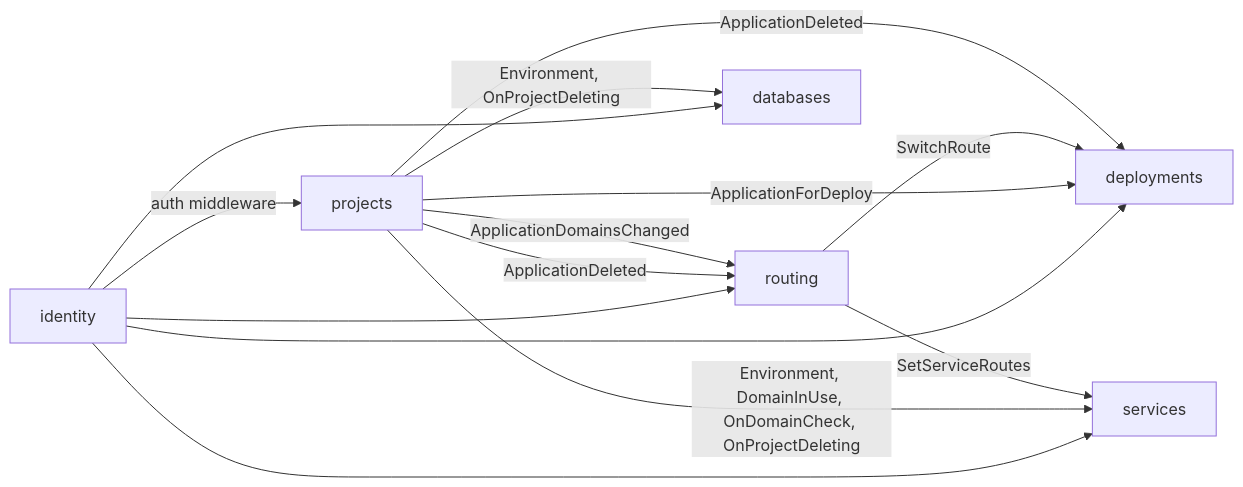
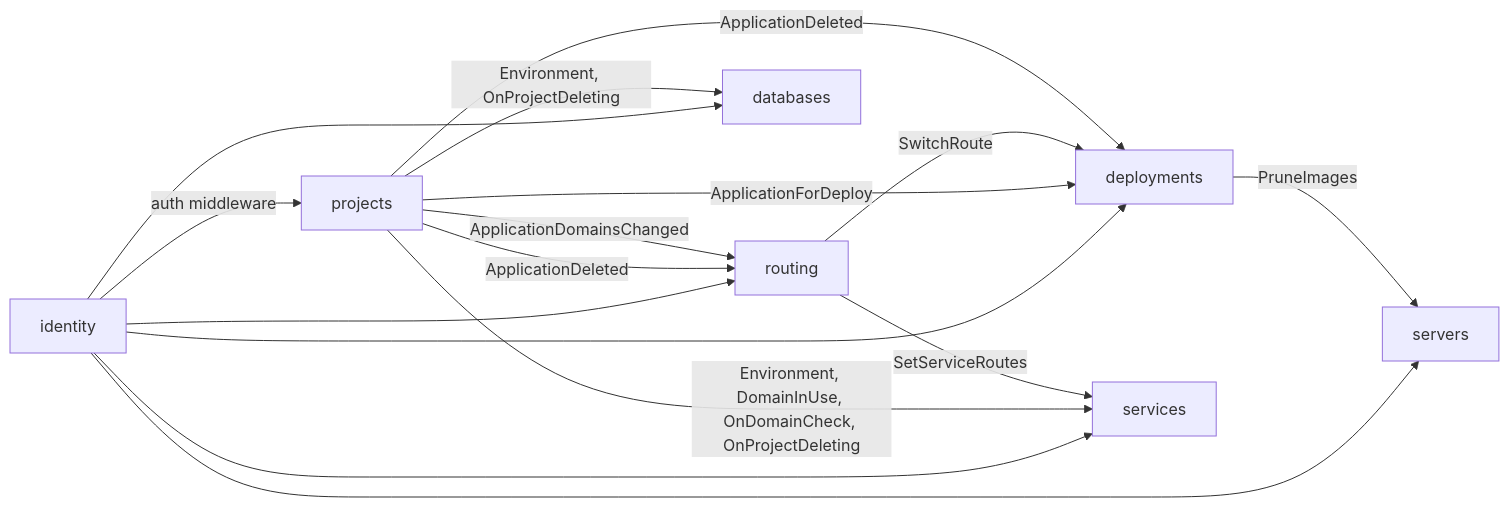
One commit to jevido/bakery changed the diagram in docs/domain/context-map.md. Above: the diagram before and after it, drawn with Mermaid. The commit also changed other lines of this file and 3 other files, not shown here.

````diff
--- a/docs/domain/context-map.md
+++ b/docs/domain/context-map.md
@@ -53,16 +56,18 @@
 ```mermaid
 flowchart LR
   identity -->|auth middleware| projects
   identity --> deployments
   identity --> routing
   projects -->|ApplicationForDeploy| deployments
   routing -->|SwitchRoute| deployments
   projects -->|ApplicationDeleted| routing
   projects -->|ApplicationDeleted| deployments
   projects -->|ApplicationDomainsChanged| routing
   identity --> databases
   projects -->|Environment, OnProjectDeleting| databases
   identity --> services
   projects -->|Environment, DomainInUse, OnDomainCheck, OnProjectDeleting| services
   routing -->|SetServiceRoutes| services
+  identity --> servers
+  deployments -->|PruneImages| servers
 ```
````
